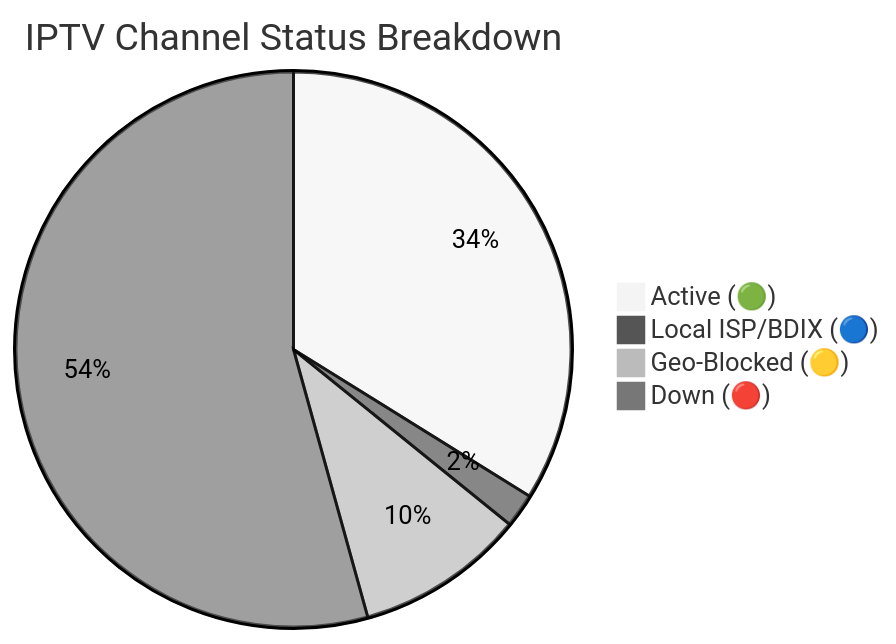
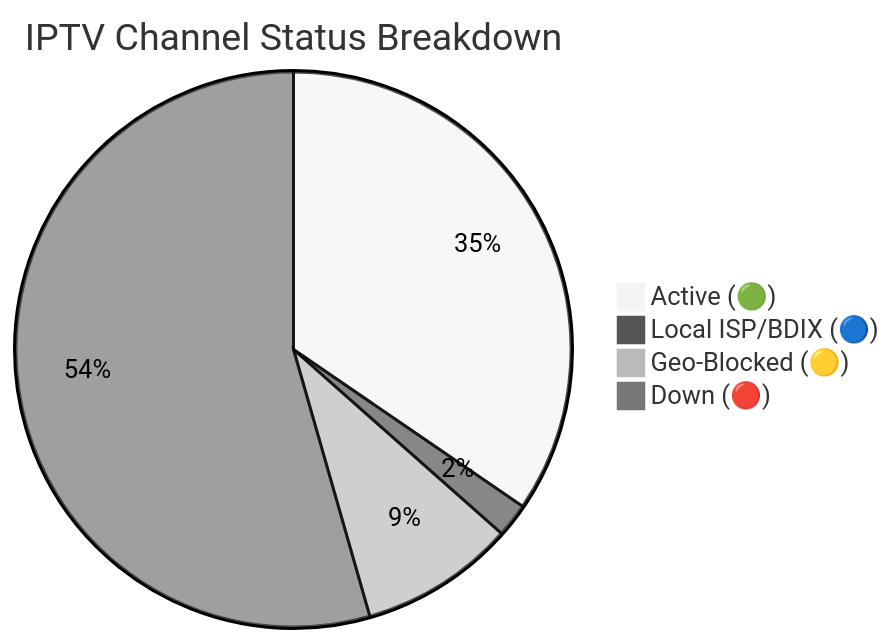
The diagram in README.md (andreataylord/Ip-tv-Collection), drawn with Mermaid (neutral theme) before and after one commit. The commit also changed other lines of this file and 2 other files, not shown here.

````diff
--- a/README.md
+++ b/README.md
@@ -59,7 +59,7 @@
 ```mermaid
 pie title IPTV Channel Status Breakdown
-    "Active (🟢)" : 2193
+    "Active (🟢)" : 2244
     "Local ISP/BDIX (🔵)" : 128
-    "Geo-Blocked (🟡)" : 639
-    "Down (🔴)" : 3518
+    "Geo-Blocked (🟡)" : 587
+    "Down (🔴)" : 3535
 ```
````
